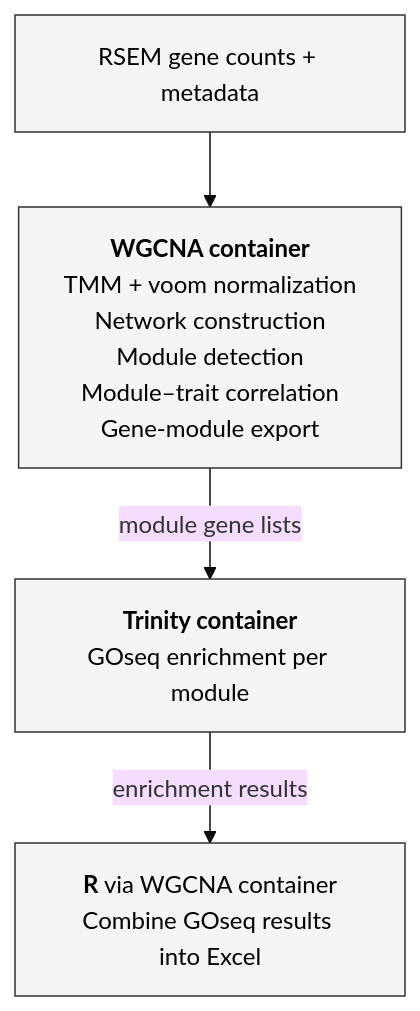
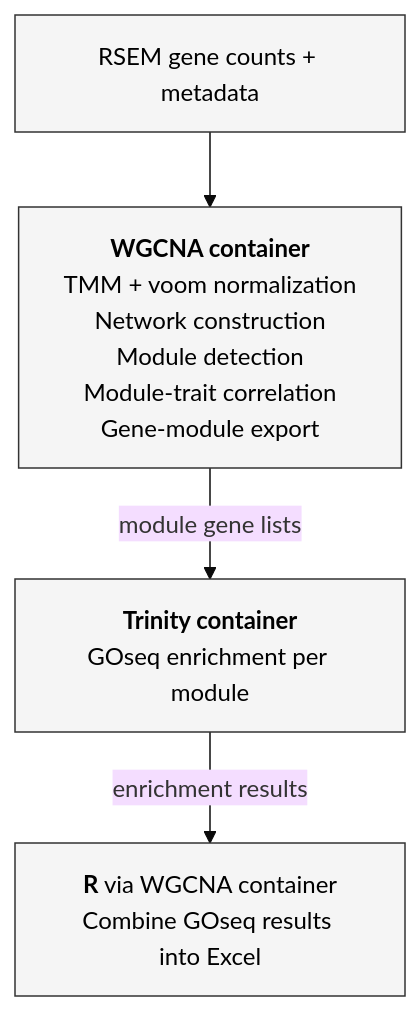
The diagram in WGCNA/README.md (n-bsub/Bio-Containers), drawn with Mermaid before and after one commit.

Commit message:
Fix HTML tags in WGCNA README flowchart

````diff
--- a/WGCNA/README.md
+++ b/WGCNA/README.md
@@ -16,13 +16,13 @@
 ```mermaid
 %%{init: {'theme': 'base', 'themeVariables': {'fontFamily': 'Arial'}}}%%
 flowchart TD
     A["RSEM gene counts + metadata"] --> B
-    B["<b>WGCNA container</b><br/>TMM + voom normalization<br/>Network construction<br/>Module detection<br/>Module–trait correlation<br/>Gene-module export"] -->|module gene lists| C
+    B["<b>WGCNA container</b><br/>TMM + voom normalization<br/>Network construction<br/>Module detection<br/>Module-trait correlation<br/>Gene-module export"] -->|module gene lists| C
     C["<b>Trinity container</b><br/>GOseq enrichment per module"] -->|enrichment results| D
     D["<b>R</b> via WGCNA container<br/>Combine GOseq results into Excel"]
 
     style A fill:#f5f5f5,stroke:#333,color:#000
     style B fill:#f5f5f5,stroke:#333,color:#000
     style C fill:#f5f5f5,stroke:#333,color:#000
     style D fill:#f5f5f5,stroke:#333,color:#000
 ```
````
